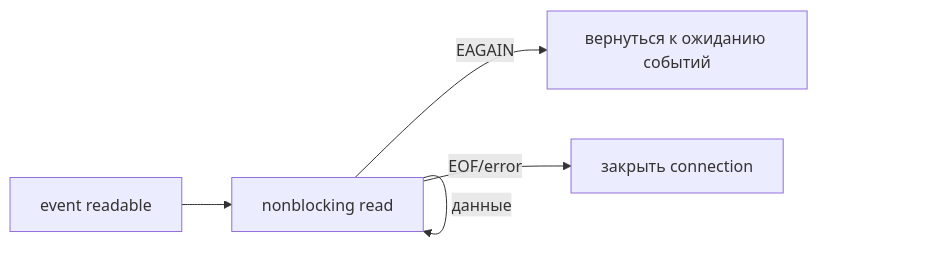
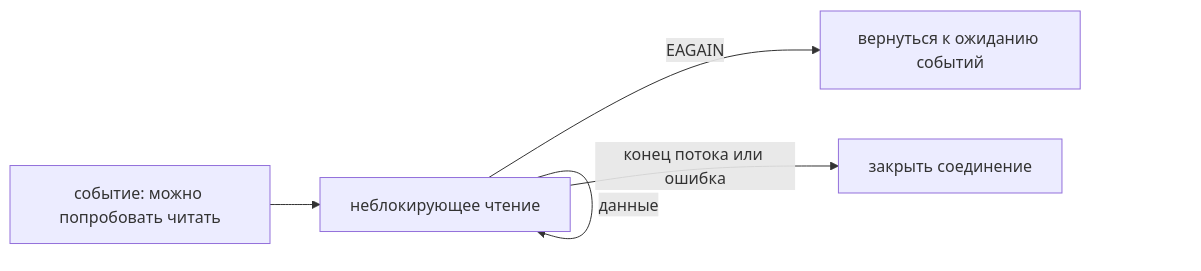
One commit to leary1337/vault changed the diagram in docs/linux/epoll.md. Above: the diagram before and after it, drawn with Mermaid. The commit also changed other lines of this file and 325 other files, not shown here.

````diff
--- a/docs/linux/epoll.md
+++ b/docs/linux/epoll.md
@@ -41,7 +35,7 @@
 ```mermaid
 flowchart LR
-    E["event readable"] --> R["nonblocking read"]
+    E["событие: можно попробовать читать"] --> R["неблокирующее чтение"]
     R -->|"данные"| R
     R -->|"EAGAIN"| W["вернуться к ожиданию событий"]
-    R -->|"EOF/error"| C["закрыть connection"]
+    R -->|"конец потока или ошибка"| C["закрыть соединение"]
 ```
````
